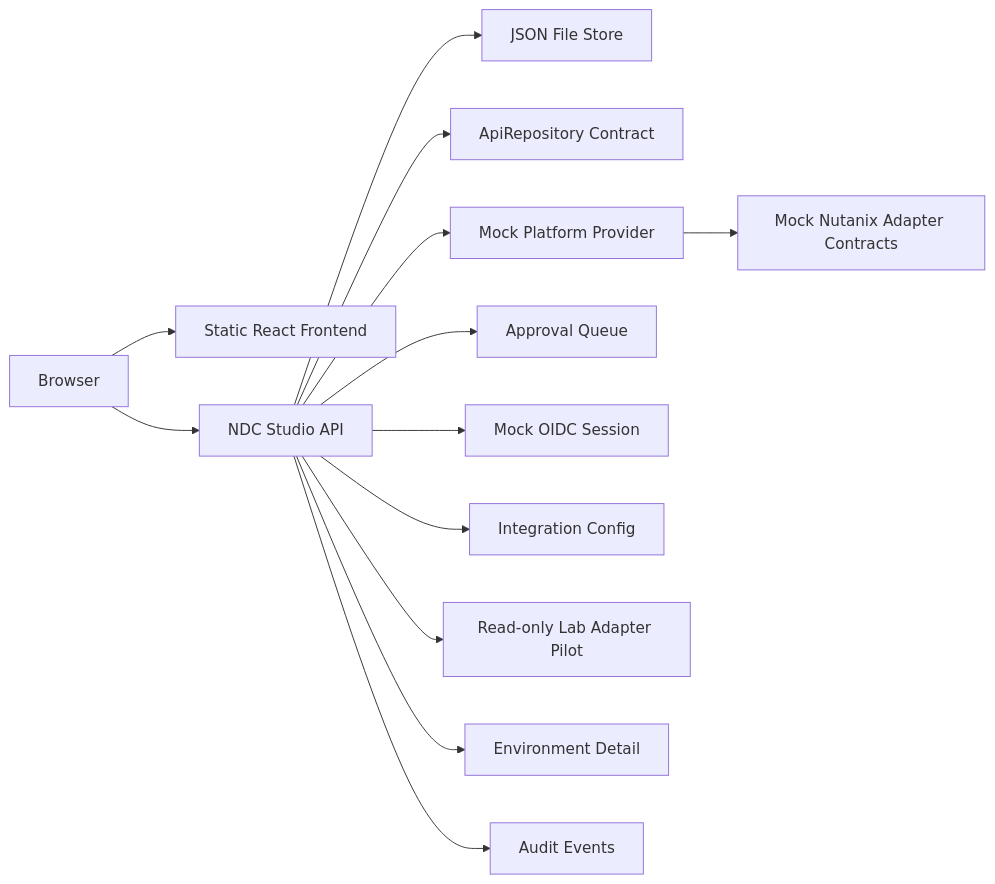
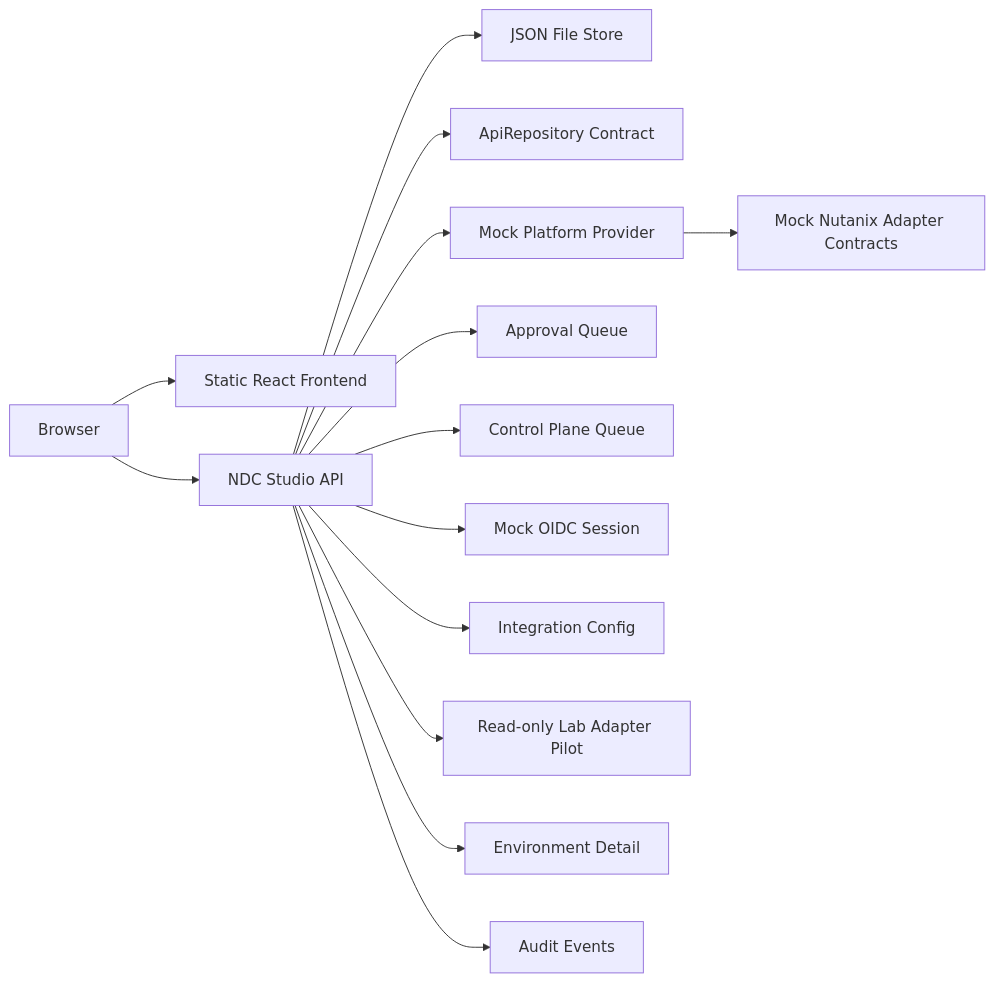
Before and after one commit to VirtuArchitect/nutanix-developer-cloud-studio: the second of 2 diagrams in docs/architecture.md, drawn with Mermaid. The commit also changed other lines of this file and 22 other files, not shown here.

Commit message:
Add v0.5 control-plane queue

````diff
--- a/docs/architecture.md
+++ b/docs/architecture.md
@@ -21,15 +21,16 @@
 ```mermaid
 flowchart LR
     Browser["Browser"] --> Web["Static React Frontend"]
     Browser --> Api["NDC Studio API"]
     Api --> Store["JSON File Store"]
     Api --> Repo["ApiRepository Contract"]
     Api --> Provider["Mock Platform Provider"]
     Provider --> Adapters["Mock Nutanix Adapter Contracts"]
     Api --> Approvals["Approval Queue"]
+    Api --> Queue["Control Plane Queue"]
     Api --> Identity["Mock OIDC Session"]
     Api --> Config["Integration Config"]
     Api --> LabAdapters["Read-only Lab Adapter Pilot"]
     Api --> Details["Environment Detail"]
     Api --> Audit["Audit Events"]
 ```
````
